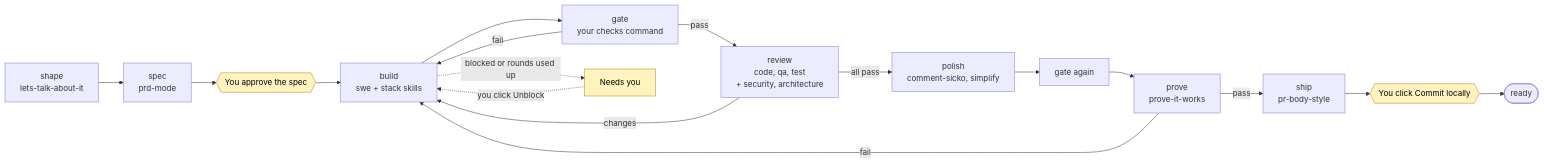
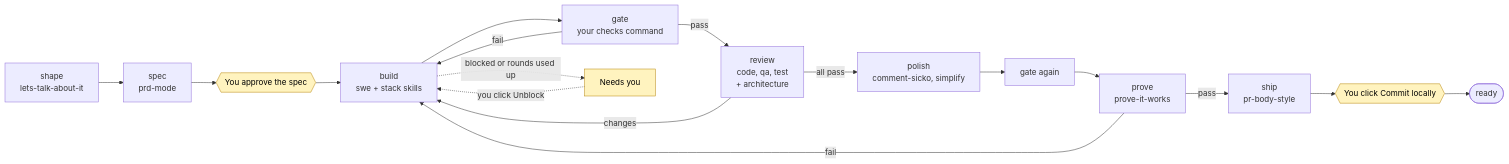
The second of 3 diagrams in README.md (ChristopherAlphonse/calphonse-skills), drawn with Mermaid before and after one commit. The commit also changed other lines of this file and 6 other files, not shown here.

Commit message:
refactor: remove security-review references from documentation and update review process

````diff
--- a/README.md
+++ b/README.md
@@ -93,22 +93,22 @@
 ```mermaid
 flowchart LR
     shape["shape<br/>lets-talk-about-it"] --> spec["spec<br/>prd-mode"]
     spec --> approve{{"You approve the spec"}}
     approve --> build["build<br/>swe + stack skills"]
     build --> gate1["gate<br/>your checks command"]
     gate1 -->|"fail"| build
-    gate1-->|"pass"| review["review<br/>code, qa, test<br/>+ security, architecture"]
+    gate1-->|"pass"| review["review<br/>code, qa, test<br/>+ architecture"]
     review -->|"changes"| build
     review -->|"all pass"| polish["polish<br/>comment-sicko, simplify"]
     polish --> gate2["gate again"]
     gate2 --> prove["prove<br/>prove-it-works"]
     prove -->|"fail"| build
     prove -->|"pass"| ship["ship<br/>pr-body-style"]
     ship --> commit{{"You click Commit locally"}}
     commit --> ready(["ready"])
     build -.->|"blocked or rounds used up"| human["Needs you"]
     human -.->|"you click Unblock"| build
 
     classDef you fill:#fff3bf,stroke:#b8860b,color:#000
     class approve,commit,human you
 ```
````
